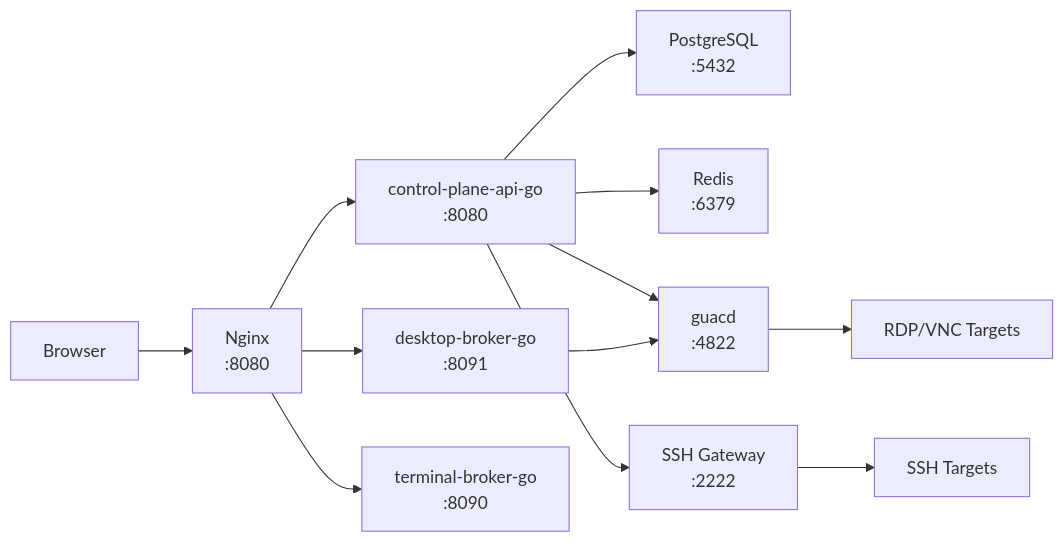
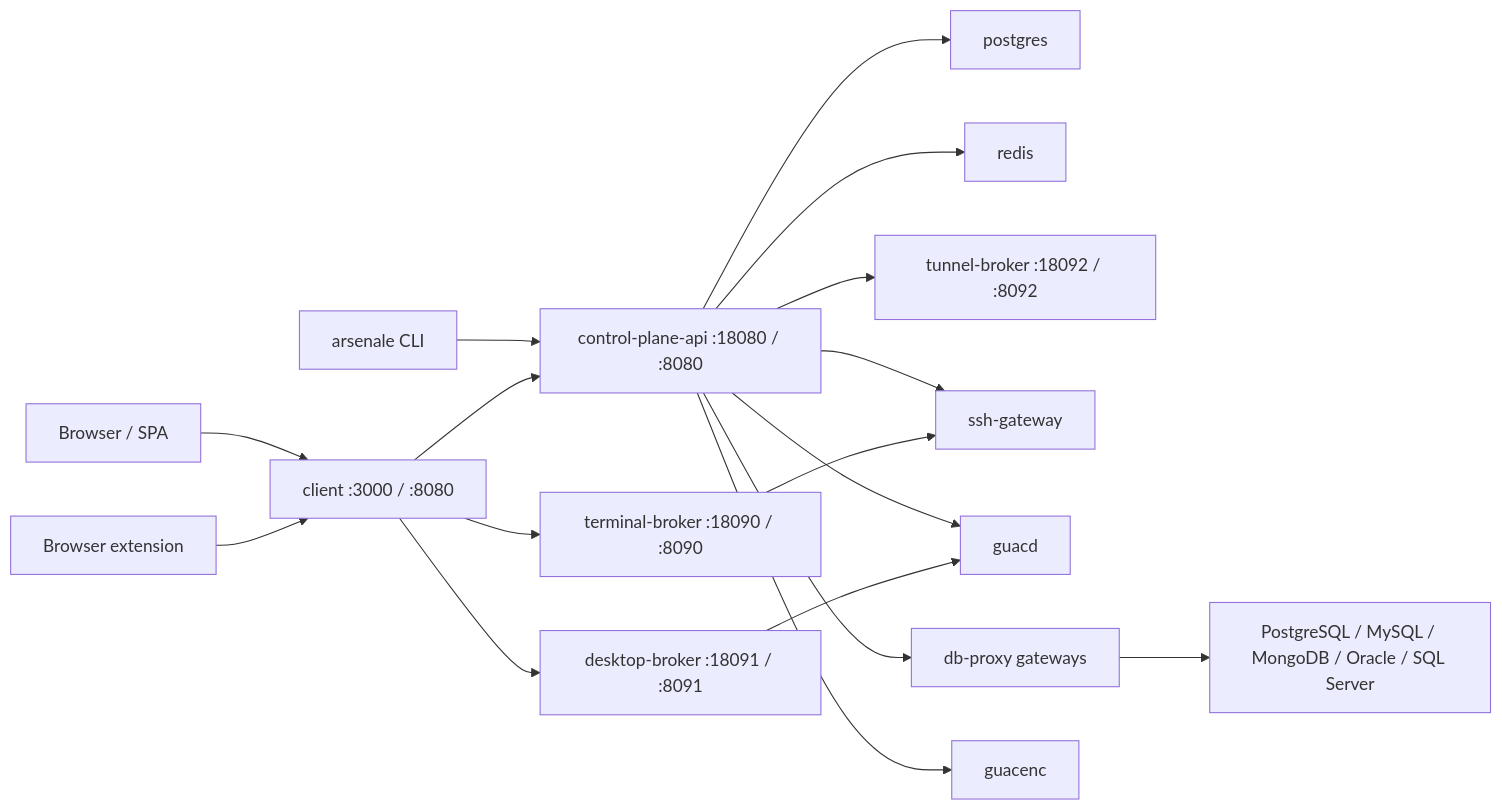
The diagram in docs/index.md (dnviti/remote-desktop-manager), drawn with Mermaid before and after one commit. The commit also changed other lines of this file and 9 other files, not shown here.

````diff
--- a/docs/index.md
+++ b/docs/index.md
@@ -62,14 +76,22 @@
 ```mermaid
 flowchart LR
-    Browser["Browser"] --> Nginx["Nginx\n:8080"]
-    Nginx --> API["control-plane-api-go\n:8080"]
-    Nginx --> Desktop["desktop-broker-go\n:8091"]
-    Nginx --> Terminal["terminal-broker-go\n:8090"]
-    API --> DB["PostgreSQL\n:5432"]
-    API --> Cache["Redis\n:6379"]
-    API --> Guacd["guacd\n:4822"]
-    API --> SSHGw["SSH Gateway\n:2222"]
+    Browser["Browser / SPA"] --> Client["client :3000 / :8080"]
+    CLI["arsenale CLI"] --> Control["control-plane-api :18080 / :8080"]
+    Extension["Browser extension"] --> Client
+
+    Client --> Control
+    Client --> Desktop["desktop-broker :18091 / :8091"]
+    Client --> Terminal["terminal-broker :18090 / :8090"]
+
+    Control --> Postgres["postgres"]
+    Control --> Redis["redis"]
+    Control --> Tunnel["tunnel-broker :18092 / :8092"]
+    Control --> SSH["ssh-gateway"]
+    Control --> Guacd["guacd"]
+    Control --> DBProxy["db-proxy gateways"]
+    Control --> Guacenc["guacenc"]
+
     Desktop --> Guacd
-    Guacd --> Targets["RDP/VNC Targets"]
-    SSHGw --> SSHTargets["SSH Targets"]
+    Terminal --> SSH
+    DBProxy --> Targets["PostgreSQL / MySQL / MongoDB / Oracle / SQL Server"]
 ```
````
